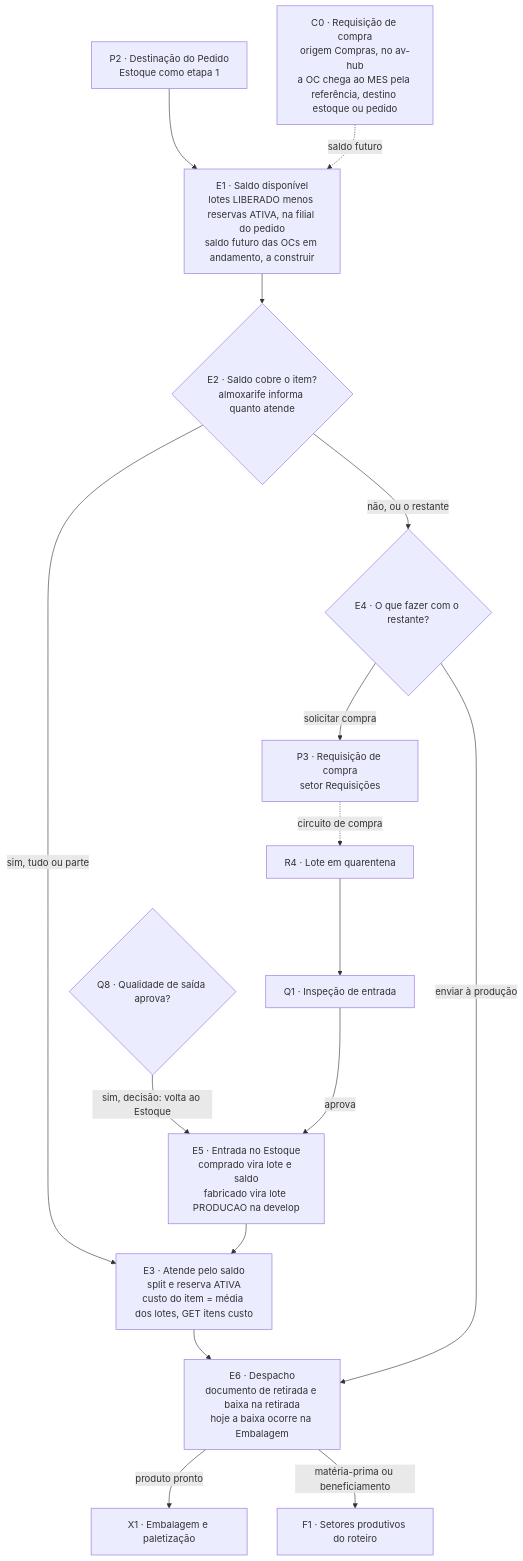
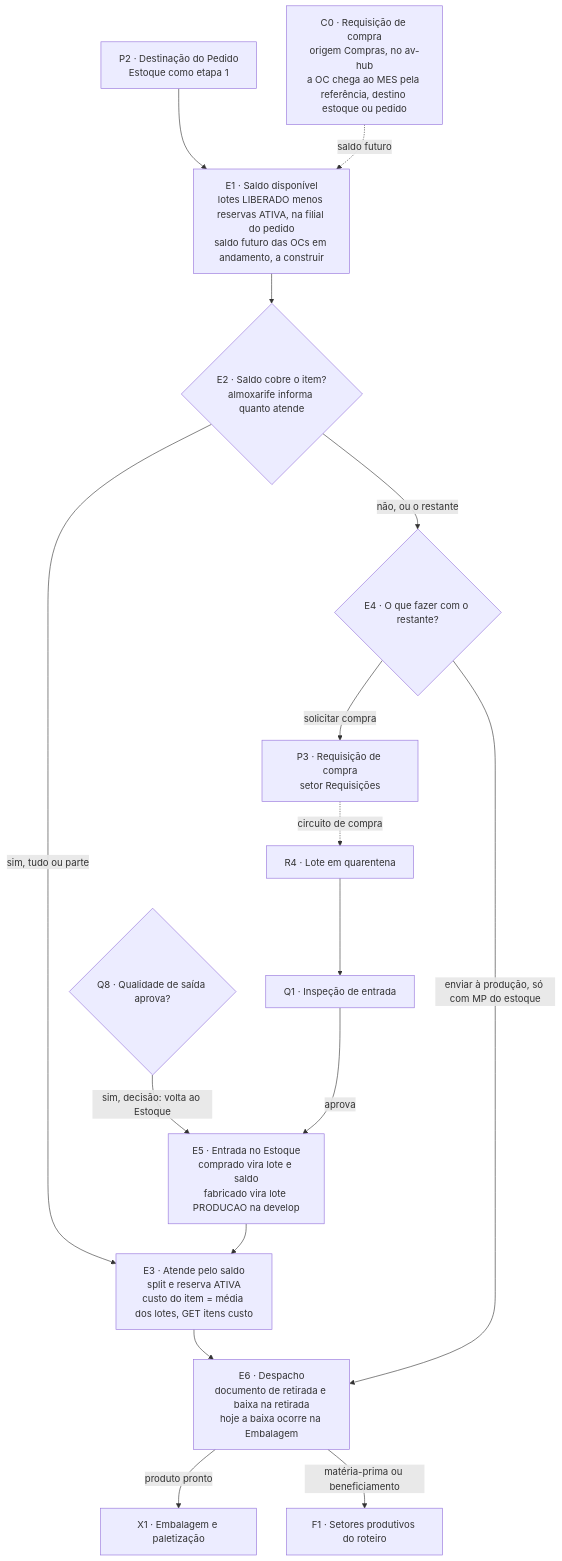
One commit to pablo-cruzbr/vault-avhub-mer changed the diagram in 02-Fluxo-de-Atividades/05-Estoque-Atendimento.md. Above: the diagram before and after it, drawn with Mermaid. The commit also changed other lines of this file, not shown here.

Commit message:
docs(05-Estoque-Atendimento): validação ponta a ponta de 10/11/2026 e develop de 10/11

````diff
--- a/02-Fluxo-de-Atividades/05-Estoque-Atendimento.md
+++ b/02-Fluxo-de-Atividades/05-Estoque-Atendimento.md
@@ -236,18 +236,18 @@
 ```mermaid
 flowchart TD
     P2["P2 · Destinação do Pedido<br/>Estoque como etapa 1"] --> E1["E1 · Saldo disponível<br/>lotes LIBERADO menos reservas ATIVA, na filial do pedido<br/>saldo futuro das OCs em andamento, a construir"]
     C0["C0 · Requisição de compra<br/>origem Compras, no av-hub<br/>a OC chega ao MES pela referência, destino estoque ou pedido"] -.->|"saldo futuro"| E1
     E1 --> E2{"E2 · Saldo cobre o item?<br/>almoxarife informa quanto atende"}
     E2 -->|"sim, tudo ou parte"| E3["E3 · Atende pelo saldo<br/>split e reserva ATIVA<br/>custo do item = média dos lotes, GET itens custo"]
     E2 -->|"não, ou o restante"| E4{"E4 · O que fazer com o restante?"}
     E4 -->|"solicitar compra"| P3["P3 · Requisição de compra<br/>setor Requisições"]
-    E4 -->|"enviar à produção"| E6
+    E4 -->|"enviar à produção, só com MP do estoque"| E6
     P3 -.->|"circuito de compra"| R4["R4 · Lote em quarentena"]
     R4 --> Q1["Q1 · Inspeção de entrada"]
     Q1 -->|"aprova"| E5["E5 · Entrada no Estoque<br/>comprado vira lote e saldo<br/>fabricado vira lote PRODUCAO na develop"]
     Q8{"Q8 · Qualidade de saída aprova?"} -->|"sim, decisão: volta ao Estoque"| E5
     E5 --> E3
     E3 --> E6["E6 · Despacho<br/>documento de retirada e baixa na retirada<br/>hoje a baixa ocorre na Embalagem"]
     E6 -->|"produto pronto"| X1["X1 · Embalagem e paletização"]
     E6 -->|"matéria-prima ou beneficiamento"| F1["F1 · Setores produtivos do roteiro"]
 ```
````
